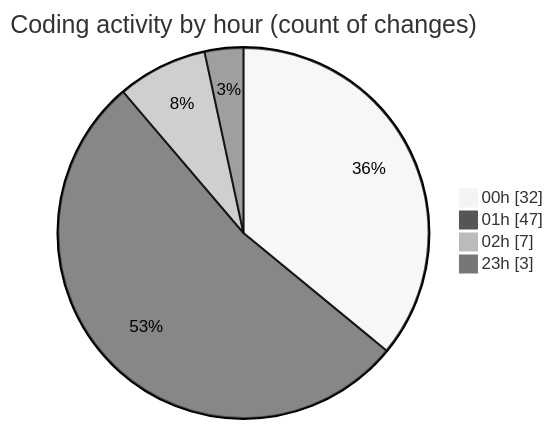
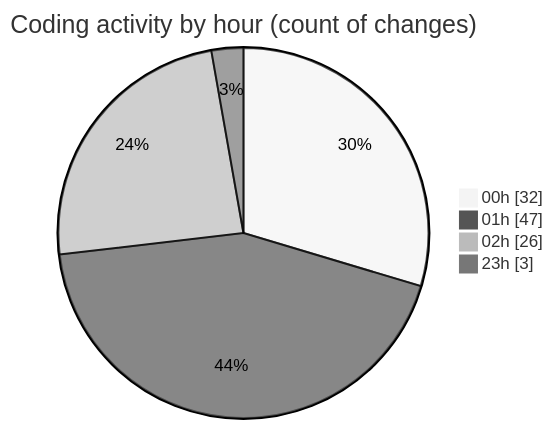
The second of 2 diagrams in 2025-07-28/quanlyrapchieuphim-1/README.md (lephambinh05/code-tracking), drawn with Mermaid (neutral theme) before and after one commit. The commit also changed other lines of this file and 1 other file, not shown here.

````diff
--- a/2025-07-28/quanlyrapchieuphim-1/README.md
+++ b/2025-07-28/quanlyrapchieuphim-1/README.md
@@ -48,8 +48,8 @@
 ```mermaid
 pie showData
 title Coding activity by hour (count of changes)
 "00h" : 32
 "01h" : 47
-"02h" : 7
+"02h" : 26
 "23h" : 3
 ```
````
